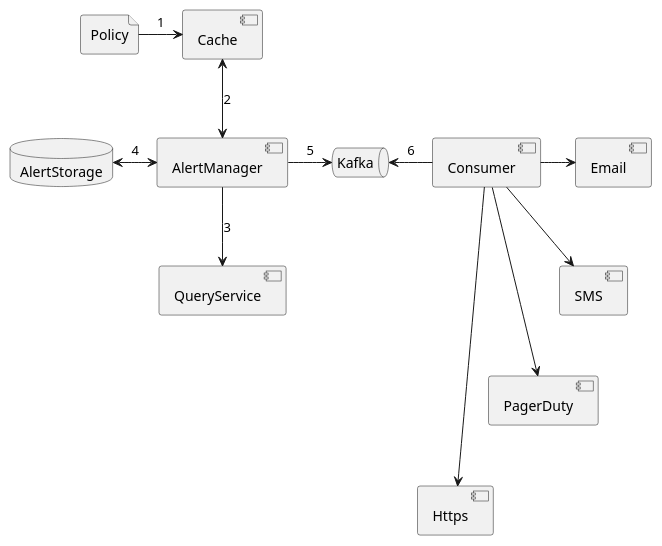
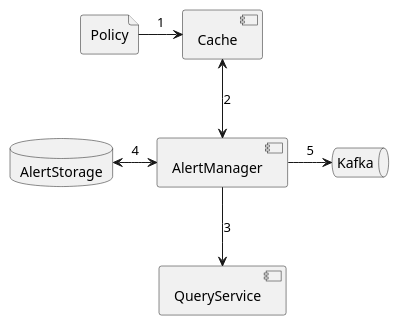
Before and after one commit to team-json-delivery/study-archive: the diagram in System-Design-Interview-vol2/05.지표 모니터링 및 경보 시스템/devhwang/alert.puml, drawn with PlantUML. The commit also changed 6 other files, not shown here.

```diff
--- a/System-Design-Interview-vol2/05.지표 모니터링 및 경보 시스템/devhwang/alert.puml
+++ b/System-Design-Interview-vol2/05.지표 모니터링 및 경보 시스템/devhwang/alert.puml
@@ -1,27 +1,14 @@
 @startuml
 file Policy
 component Cache
 Policy -right-> Cache : 1
 component AlertManager
 Cache <-down-> AlertManager : 2
 database AlertStorage
 AlertManager <-left-> AlertStorage : 4
 component QueryService
 AlertManager -down-> QueryService : 3
 queue Kafka
 AlertManager -right-> Kafka : 5
-component Consumer
-Consumer -left-> Kafka : 6
-component Email
-component SMS
-component PagerDuty
-component Https
-Email -[hidden]down- SMS
-SMS -[hidden]down- PagerDuty
-PagerDuty -[hidden]down- Https
 
-Consumer -right-> Email
-Consumer -right-> SMS
-Consumer -right-> PagerDuty
-Consumer -right-> Https
 @endmul
```
